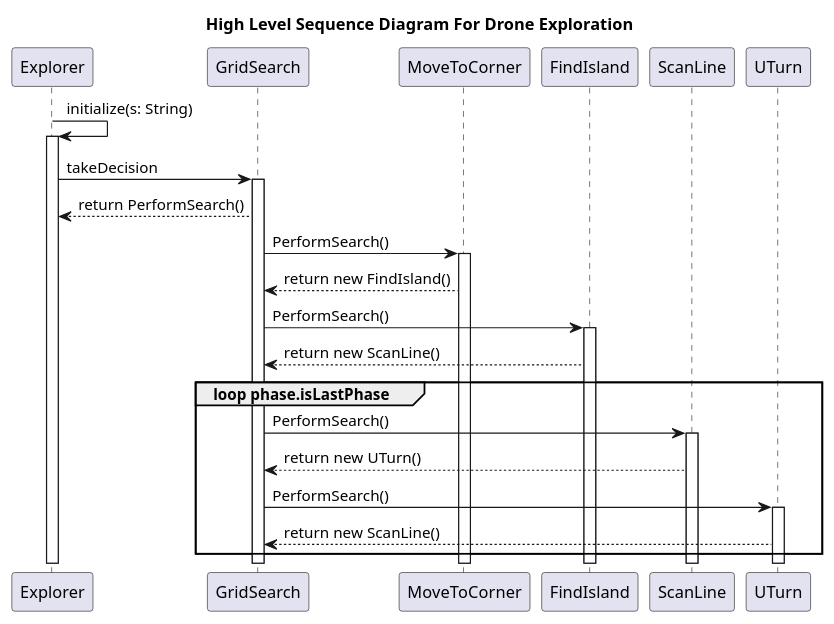
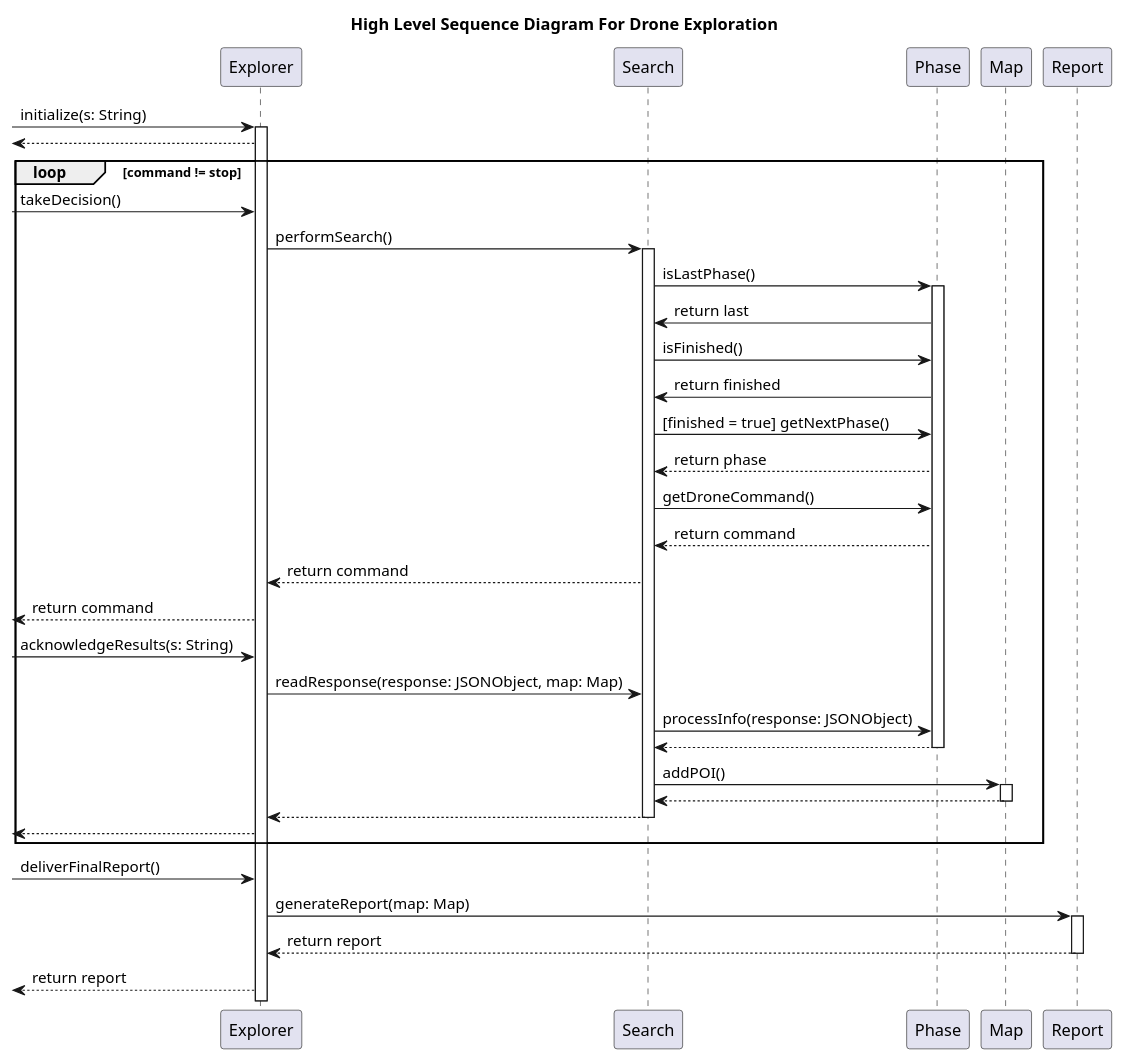
The diagram in UMLDiagrams/HighLevelSequenceDiagram.plantuml (BilalM04/rescue-mission), drawn with PlantUML before and after one commit. The commit also changed 2 other files, not shown here.

Commit message:
update UML diagrams

```diff
--- a/UMLDiagrams/HighLevelSequenceDiagram.plantuml
+++ b/UMLDiagrams/HighLevelSequenceDiagram.plantuml
@@ -1,31 +1,56 @@
-@startuml
+@startuml Sequence
     title "High Level Sequence Diagram For Drone Exploration"
 
     participant Explorer
-    participant GridSearch as GS
-    participant MoveToCorner as MTC
-    participant FindIsland
-    participant ScanLine
-    participant UTurn
+    participant Search
+    participant Phase
+    participant Map
+    participant Report
     
-    Explorer -> Explorer ++: initialize(s: String)
-    Explorer -> GS ++: takeDecision
-    Explorer <-- GS: return PerformSearch()
-    GS -> MTC ++: PerformSearch()
-    GS <-- MTC: return new FindIsland()
+    -> Explorer ++: initialize(s: String)
+    <-- Explorer
 
-    GS -> FindIsland ++: PerformSearch()
-    GS <-- FindIsland: return new ScanLine()
+    group loop [command != stop] 
+    -> Explorer: takeDecision()
 
-    group loop phase.isLastPhase
-        GS -> ScanLine ++: PerformSearch()
-        GS <-- ScanLine: return new UTurn()
-        GS -> UTurn ++: PerformSearch()
-        GS <-- UTurn: return new ScanLine()
+    Explorer -> Search ++: performSearch()
+
+    Search -> Phase  ++: isLastPhase()
+    Search <- Phase: return last
+
+    Search -> Phase: isFinished()
+    Search <- Phase : return finished
+
+    Search -> Phase: [finished = true] getNextPhase()
+    Search <-- Phase: return phase
+
+    Search -> Phase : getDroneCommand()
+    Search <-- Phase : return command
+
+    Explorer <-- Search: return command
+
+    <-- Explorer: return command
+
+    -> Explorer: acknowledgeResults(s: String)
+
+    Explorer -> Search: readResponse(response: JSONObject, map: Map)
+
+    Search -> Phase: processInfo(response: JSONObject)
+    Search <-- Phase --
+
+    Search -> Map ++: addPOI()
+    Search <-- Map --
+
+    Explorer <-- Search --
+
+    <-- Explorer
     end
 
-    ' FindIsland(controller: Controller, direction: Direction)
-    ' ScanLine(controller: Controller, direction: Direction, uTurnLeft: boolean)
-    ' UTurn(controller: Controller, direction: Direction, turnLeft: boolean, moveOutwards: boolean)
+    -> Explorer: deliverFinalReport()
+
+    Explorer -> Report ++: generateReport(map: Map)
+    Explorer <-- Report --: return report
+
+    <-- Explorer: return report
 
 @enduml
```
